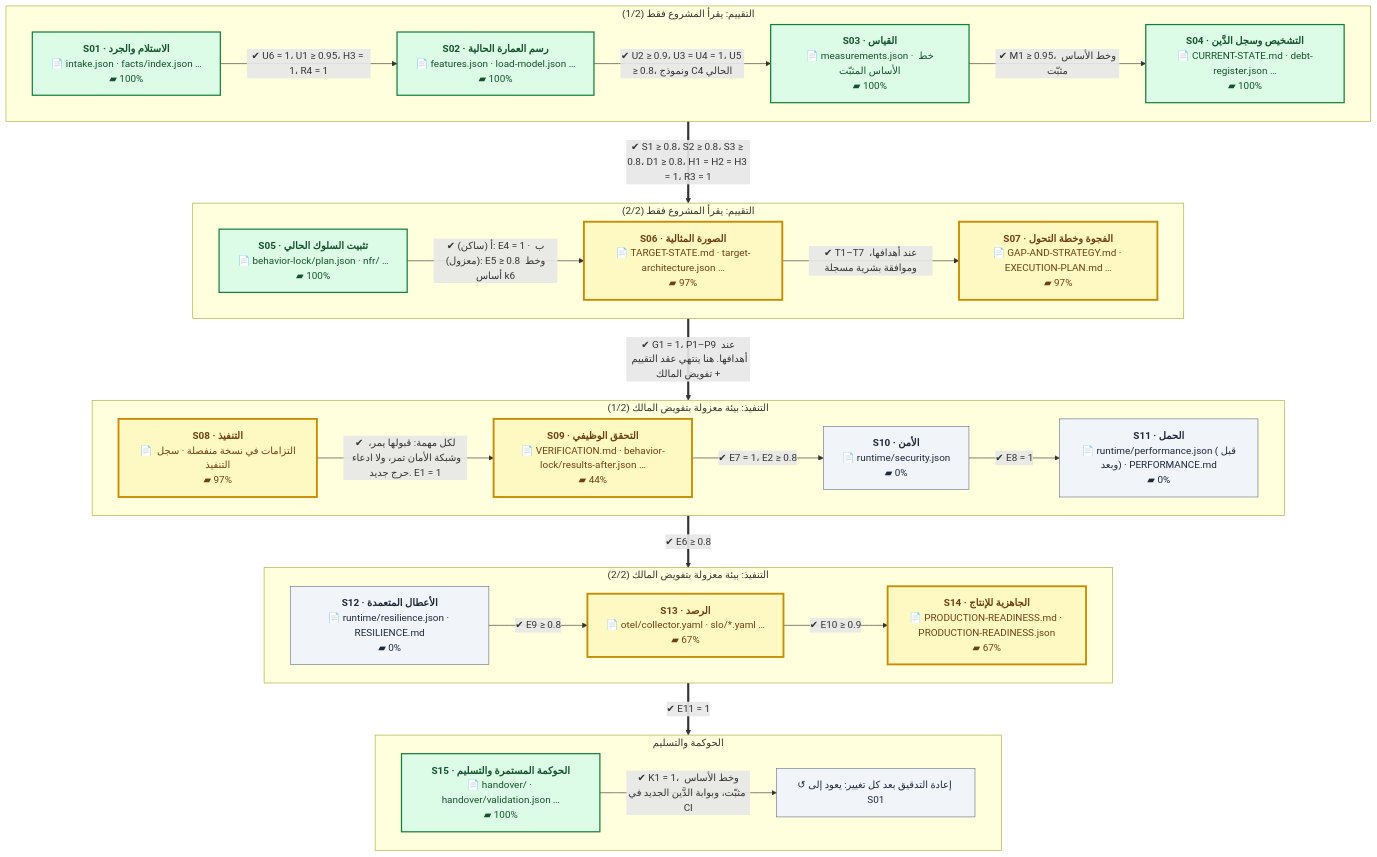
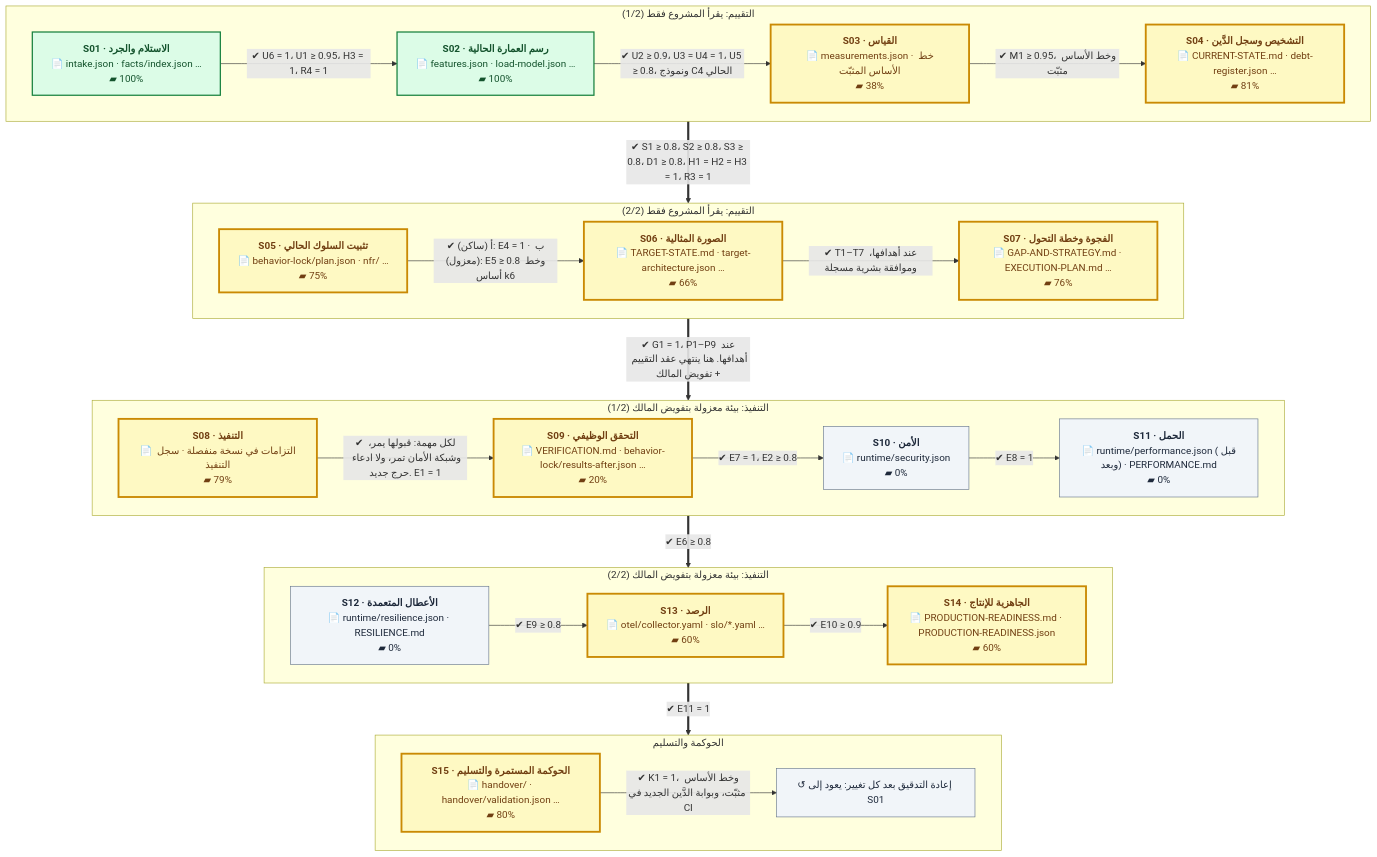
One commit to eom1417/engineering-audit-os changed the first of 2 diagrams in README.md. Above: the diagram before and after it, drawn with Mermaid. The commit also changed other lines of this file and 5 other files, not shown here.

````diff
--- a/README.md
+++ b/README.md
@@ -52,54 +52,54 @@
 ```mermaid
 %%{init: {'flowchart': {'wrappingWidth': 260, 'nodeSpacing': 40, 'rankSpacing': 60}}}%%
 flowchart TB
     subgraph P1["التقييم: يقرأ المشروع فقط (1/2)"]
         direction LR
         S01["<b>S01 · الاستلام والجرد</b><br/>📄 intake.json · facts/index.json …<br/>▰ 100%"]:::done
         S02["<b>S02 · رسم العمارة الحالية</b><br/>📄 features.json · load-model.json …<br/>▰ 100%"]:::done
-        S03["<b>S03 · القياس</b><br/>📄 measurements.json · خط الأساس المثبّت<br/>▰ 100%"]:::done
-        S04["<b>S04 · التشخيص وسجل الدَّين</b><br/>📄 CURRENT-STATE.md · debt-register.json …<br/>▰ 100%"]:::done
+        S03["<b>S03 · القياس</b><br/>📄 measurements.json · خط الأساس المثبّت<br/>▰ 38%"]:::current
+        S04["<b>S04 · التشخيص وسجل الدَّين</b><br/>📄 CURRENT-STATE.md · debt-register.json …<br/>▰ 81%"]:::current
         S01 -->|"✔ U6 = 1، U1 ≥ 0.95، H3 = 1، R4 = 1"| S02
         S02 -->|"✔ U2 ≥ 0.9، U3 = U4 = 1، U5 ≥ 0.8، ونموذج C4 الحالي"| S03
         S03 -->|"✔ M1 ≥ 0.95، وخط الأساس مثبّت"| S04
     end
     subgraph P2["التقييم: يقرأ المشروع فقط (2/2)"]
         direction LR
-        S05["<b>S05 · تثبيت السلوك الحالي</b><br/>📄 behavior-lock/plan.json · nfr/ …<br/>▰ 100%"]:::done
-        S06["<b>S06 · الصورة المثالية</b><br/>📄 TARGET-STATE.md · target-architecture.json …<br/>▰ 97%"]:::current
-        S07["<b>S07 · الفجوة وخطة التحول</b><br/>📄 GAP-AND-STRATEGY.md · EXECUTION-PLAN.md …<br/>▰ 97%"]:::current
+        S05["<b>S05 · تثبيت السلوك الحالي</b><br/>📄 behavior-lock/plan.json · nfr/ …<br/>▰ 75%"]:::current
+        S06["<b>S06 · الصورة المثالية</b><br/>📄 TARGET-STATE.md · target-architecture.json …<br/>▰ 66%"]:::current
+        S07["<b>S07 · الفجوة وخطة التحول</b><br/>📄 GAP-AND-STRATEGY.md · EXECUTION-PLAN.md …<br/>▰ 76%"]:::current
         S05 -->|"✔ أ (ساكن): E4 = 1 · ب (معزول): E5 ≥ 0.8 وخط أساس k6"| S06
         S06 -->|"✔ T1–T7 عند أهدافها، وموافقة بشرية مسجلة"| S07
     end
     subgraph P3["التنفيذ: بيئة معزولة بتفويض المالك (1/2)"]
         direction LR
-        S08["<b>S08 · التنفيذ</b><br/>📄 التزامات في نسخة منفصلة · سجل التنفيذ<br/>▰ 97%"]:::current
-        S09["<b>S09 · التحقق الوظيفي</b><br/>📄 VERIFICATION.md · behavior-lock/results-after.json …<br/>▰ 44%"]:::current
+        S08["<b>S08 · التنفيذ</b><br/>📄 التزامات في نسخة منفصلة · سجل التنفيذ<br/>▰ 79%"]:::current
+        S09["<b>S09 · التحقق الوظيفي</b><br/>📄 VERIFICATION.md · behavior-lock/results-after.json …<br/>▰ 20%"]:::current
         S10["<b>S10 · الأمن</b><br/>📄 runtime/security.json<br/>▰ 0%"]:::next
         S11["<b>S11 · الحمل</b><br/>📄 runtime/performance.json (قبل وبعد) · PERFORMANCE.md<br/>▰ 0%"]:::next
         S08 -->|"✔ لكل مهمة: قبولها يمر، وشبكة الأمان تمر، ولا ادعاء حرج جديد. E1 = 1"| S09
         S09 -->|"✔ E7 = 1، E2 ≥ 0.8"| S10
         S10 -->|"✔ E8 = 1"| S11
     end
     subgraph P4["التنفيذ: بيئة معزولة بتفويض المالك (2/2)"]
         direction LR
         S12["<b>S12 · الأعطال المتعمدة</b><br/>📄 runtime/resilience.json · RESILIENCE.md<br/>▰ 0%"]:::next
-        S13["<b>S13 · الرصد</b><br/>📄 otel/collector.yaml · slo/*.yaml …<br/>▰ 67%"]:::current
-        S14["<b>S14 · الجاهزية للإنتاج</b><br/>📄 PRODUCTION-READINESS.md · PRODUCTION-READINESS.json<br/>▰ 67%"]:::current
+        S13["<b>S13 · الرصد</b><br/>📄 otel/collector.yaml · slo/*.yaml …<br/>▰ 60%"]:::current
+        S14["<b>S14 · الجاهزية للإنتاج</b><br/>📄 PRODUCTION-READINESS.md · PRODUCTION-READINESS.json<br/>▰ 60%"]:::current
         S12 -->|"✔ E9 ≥ 0.8"| S13
         S13 -->|"✔ E10 ≥ 0.9"| S14
     end
     subgraph P5["الحوكمة والتسليم"]
         direction LR
-        S15["<b>S15 · الحوكمة المستمرة والتسليم</b><br/>📄 handover/ · handover/validation.json …<br/>▰ 100%"]:::done
+        S15["<b>S15 · الحوكمة المستمرة والتسليم</b><br/>📄 handover/ · handover/validation.json …<br/>▰ 80%"]:::current
         LOOP["↺ إعادة التدقيق بعد كل تغيير: يعود إلى S01"]:::next
         S15 -->|"✔ K1 = 1، وخط الأساس مثبّت، وبوابة الدَّين الجديد في CI"| LOOP
     end
     P1 ==>|"✔ S1 ≥ 0.8، S2 ≥ 0.8، S3 ≥ 0.8، D1 ≥ 0.8، H1 = H2 = H3 = 1، R3 = 1"| P2
     P2 ==>|"✔ G1 = 1، P1–P9 عند أهدافها. هنا ينتهي عقد التقييم + تفويض المالك"| P3
     P3 ==>|"✔ E6 ≥ 0.8"| P4
     P4 ==>|"✔ E11 = 1"| P5
     classDef done fill:#dcfce7,stroke:#15803d,color:#14532d,stroke-width:2px
     classDef current fill:#fef9c3,stroke:#ca8a04,color:#713f12,stroke-width:3px
     classDef next fill:#f1f5f9,stroke:#64748b,color:#1e293b
     classDef owner fill:#fee2e2,stroke:#b91c1c,color:#7f1d1d,stroke-dasharray:5 3
 ```
````
